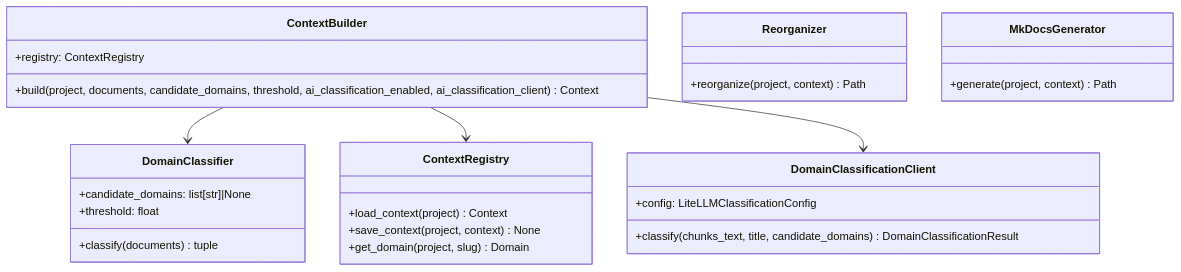
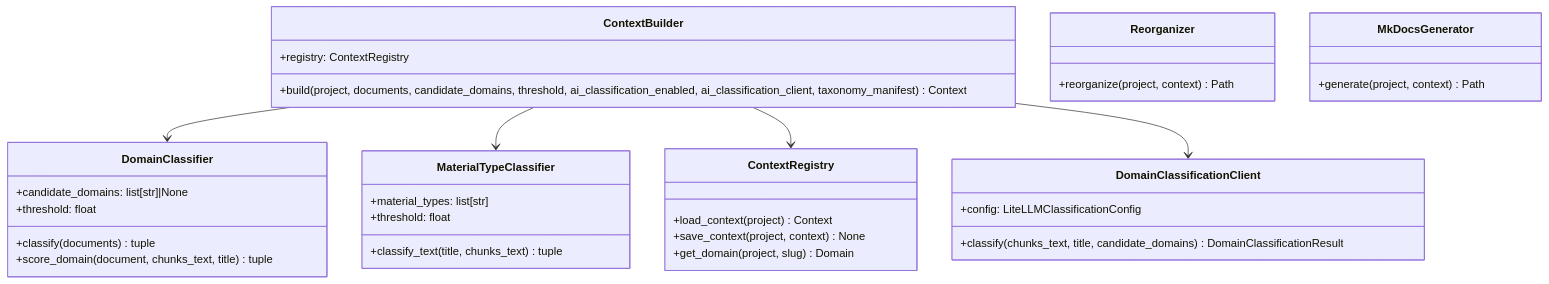
Before and after one commit to fmanza/doc_organize: the diagram in docs/api/context.md, drawn with Mermaid. The commit also changed other lines of this file and 17 other files, not shown here.

````diff
--- a/docs/api/context.md
+++ b/docs/api/context.md
@@ -7,31 +7,38 @@
 ```mermaid
 classDiagram
     class ContextBuilder {
         +registry: ContextRegistry
-        +build(project, documents, candidate_domains, threshold, ai_classification_enabled, ai_classification_client) Context
+        +build(project, documents, candidate_domains, threshold, ai_classification_enabled, ai_classification_client, taxonomy_manifest) Context
     }
     class DomainClassifier {
         +candidate_domains: list[str]|None
         +threshold: float
         +classify(documents) tuple
+        +score_domain(document, chunks_text, title) tuple
+    }
+    class MaterialTypeClassifier {
+        +material_types: list[str]
+        +threshold: float
+        +classify_text(title, chunks_text) tuple
     }
     class ContextRegistry {
         +load_context(project) Context
         +save_context(project, context) None
         +get_domain(project, slug) Domain
     }
     class Reorganizer {
         +reorganize(project, context) Path
     }
     class MkDocsGenerator {
         +generate(project, context) Path
     }
     class DomainClassificationClient {
         +config: LiteLLMClassificationConfig
         +classify(chunks_text, title, candidate_domains) DomainClassificationResult
     }
 
     ContextBuilder --> DomainClassifier
+    ContextBuilder --> MaterialTypeClassifier
     ContextBuilder --> ContextRegistry
     ContextBuilder --> DomainClassificationClient
 ```
````
